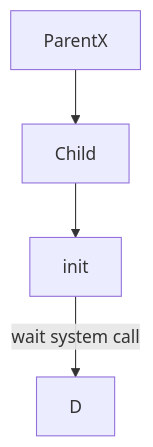
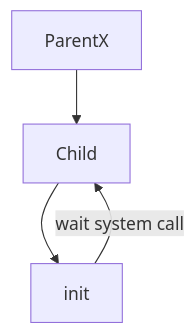
The third of 4 diagrams in linux-masterclass/05-processes/README.md (virtual-tech-school/virtual-tech-notes), drawn with Mermaid before and after one commit. The commit also changed other lines of this file, not shown here.

````diff
--- a/linux-masterclass/05-processes/README.md
+++ b/linux-masterclass/05-processes/README.md
@@ -48,6 +49,6 @@
 ```mermaid
 graph TD;
     ParentX-->Child;
     Child-->init;
-    init-->|wait system call|D;
+    init-->|wait system call|Child;
 ```
````
